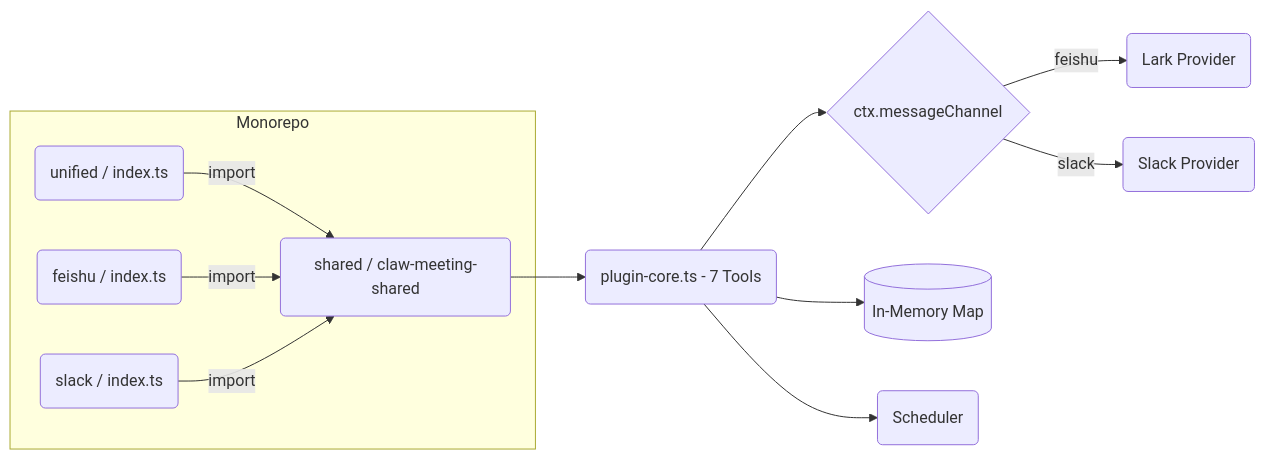
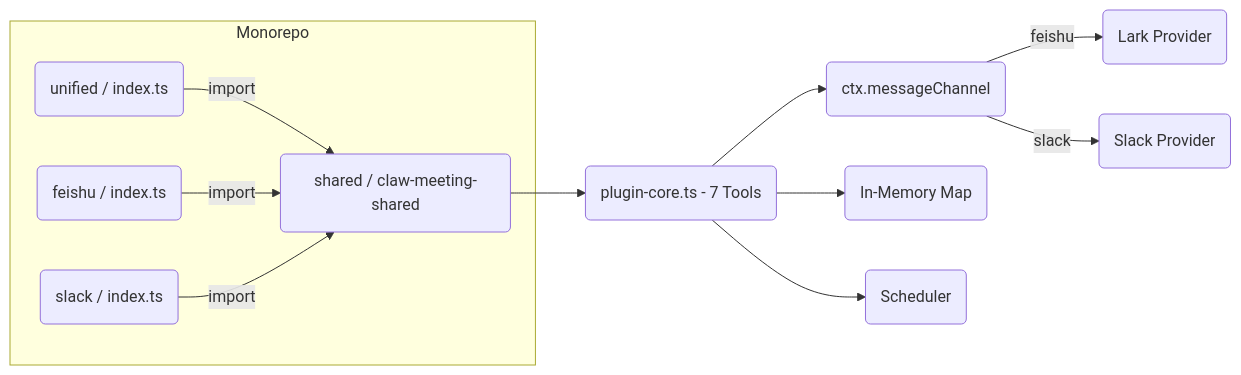
One commit to javana3/claw_meeting_all changed the second of 7 diagrams in README.md. Above: the diagram before and after it, drawn with Mermaid. The commit also changed other lines of this file and 4 other files, not shown here.

First line of the commit message:
docs: round all diagram nodes and update colors across 5 languages

````diff
--- a/README.md
+++ b/README.md
@@ -53,20 +53,20 @@
 ```mermaid
 graph LR
     subgraph "Monorepo"
         SHARED(shared / claw-meeting-shared)
         UNI(unified / index.ts)
         FEI(feishu / index.ts)
         SLK(slack / index.ts)
     end
 
     UNI -->|import| SHARED
     FEI -->|import| SHARED
     SLK -->|import| SHARED
 
     SHARED --> CORE(plugin-core.ts - 7 Tools)
-    CORE --> ROUTER{ctx.messageChannel}
+    CORE --> ROUTER(ctx.messageChannel)
     ROUTER -->|feishu| LP(Lark Provider)
     ROUTER -->|slack| SP(Slack Provider)
-    CORE --> MEM[(In-Memory Map)]
+    CORE --> MEM(In-Memory Map)
     CORE --> SCH(Scheduler)
 ```
````
